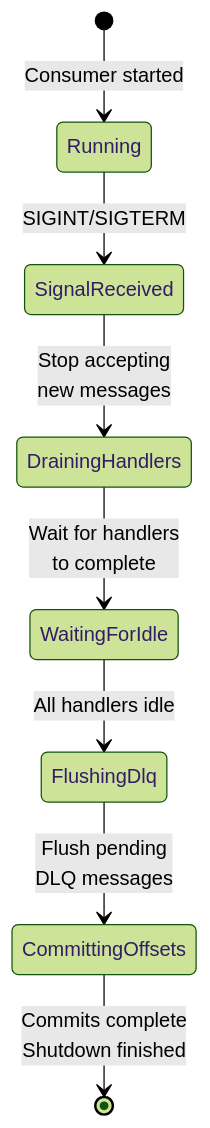
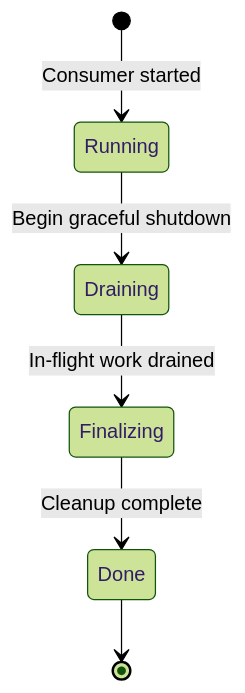
Before and after one commit to DVNghiem/KafPy: the third of 5 diagrams in docs/architecture/state-machines.md, drawn with Mermaid (forest theme). The commit also changed other lines of this file and 20 other files, not shown here.

````diff
--- a/docs/architecture/state-machines.md
+++ b/docs/architecture/state-machines.md
@@ -60,10 +60,8 @@
 ```mermaid
 stateDiagram-v2
     [*] --> Running: Consumer started
-    Running --> SignalReceived: SIGINT/SIGTERM
-    SignalReceived --> DrainingHandlers: Stop accepting<br/>new messages
-    DrainingHandlers --> WaitingForIdle: Wait for handlers<br/>to complete
-    WaitingForIdle --> FlushingDlq: All handlers idle
-    FlushingDlq --> CommittingOffsets: Flush pending<br/>DLQ messages
-    CommittingOffsets --> [*]: Commits complete<br/>Shutdown finished
+    Running --> Draining: Begin graceful shutdown
+    Draining --> Finalizing: In-flight work drained
+    Finalizing --> Done: Cleanup complete
+    Done --> [*]
 ```
````
